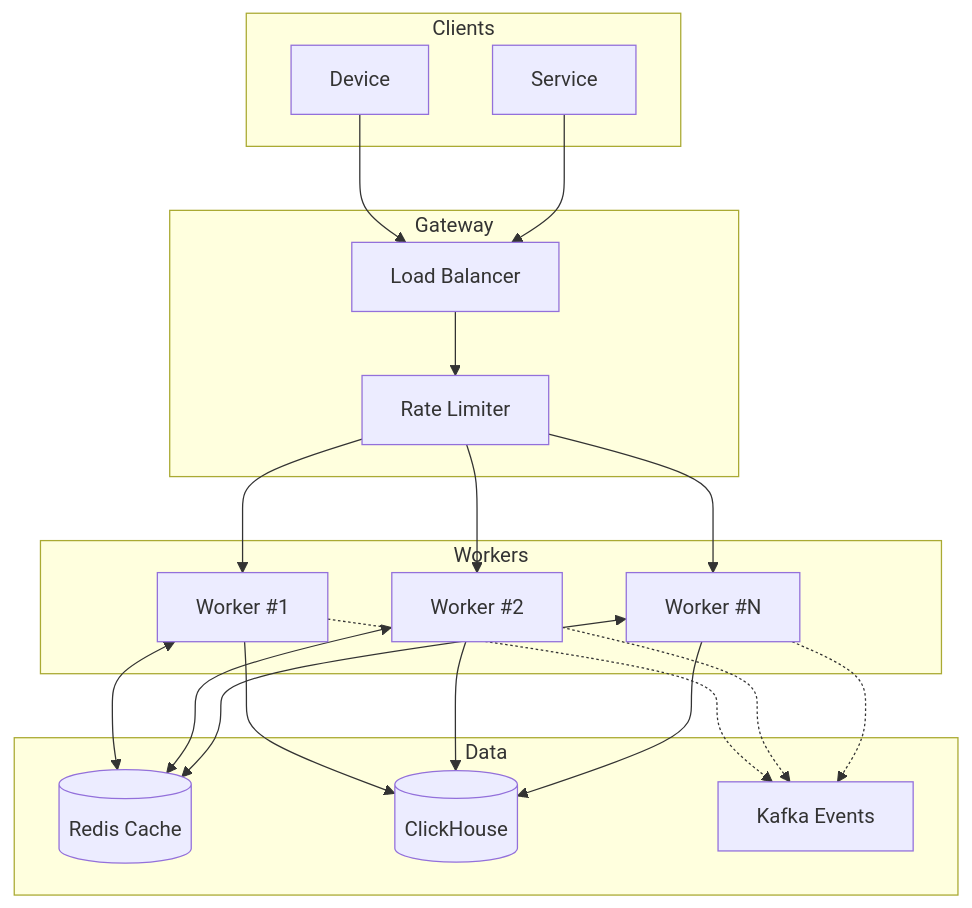
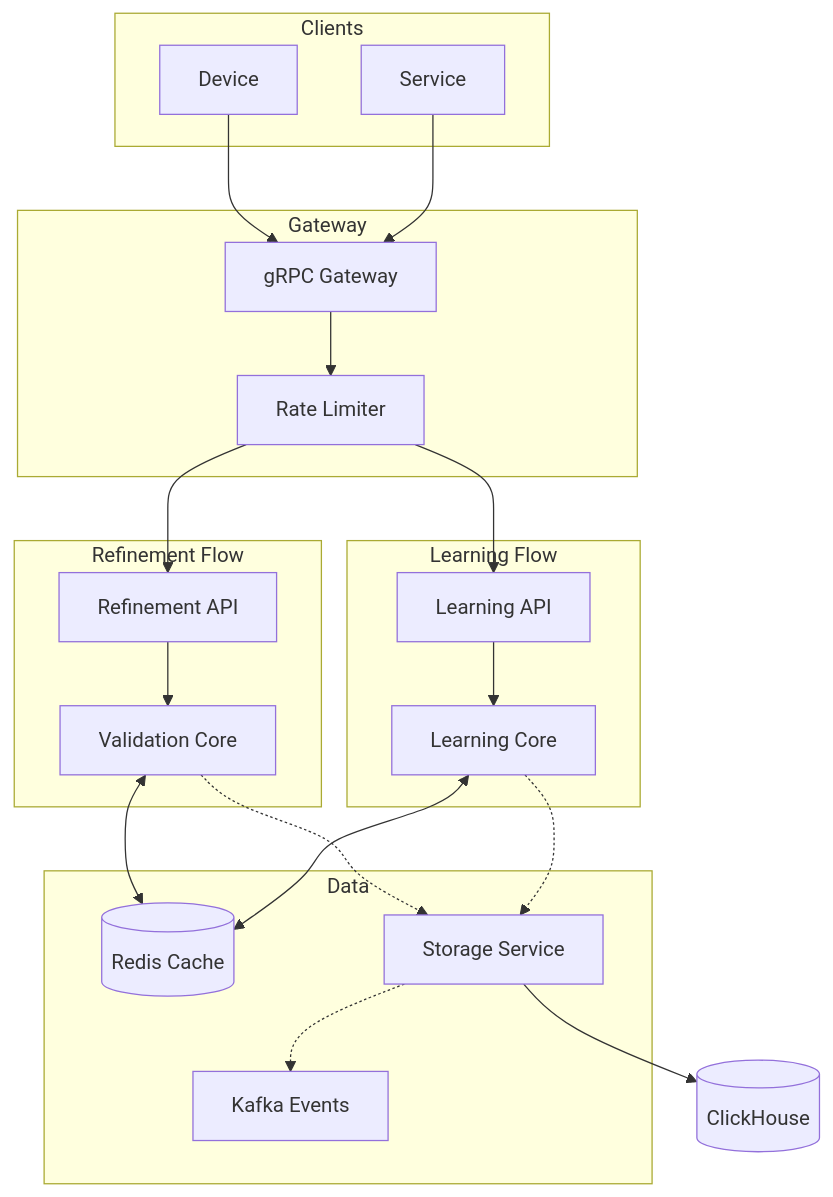
One commit to hzname/coordinate-validator changed the first of 6 diagrams in docs/architecture.md. Above: the diagram before and after it, drawn with Mermaid. The commit also changed other lines of this file, not shown here.

Commit message:
refactor: rewrite architecture with hybrid microservices approach

````diff
--- a/docs/architecture.md
+++ b/docs/architecture.md
@@ -5,43 +7,47 @@
 ```mermaid
 flowchart TB
     subgraph Clients
         Device[Device]
         Service[Service]
     end
 
     subgraph Gateway
-        LB[Load Balancer]
+        GRPC[gRPC Gateway]
         RateLimit[Rate Limiter]
     end
 
-    subgraph Workers
-        W1[Worker #1]
-        W2[Worker #2]
-        W3[Worker #N]
+    subgraph "Refinement Flow"
+        RefAPI[Refinement API]
+        ValCore[Validation Core]
+    end
+
+    subgraph "Learning Flow"
+        LearnAPI[Learning API]
+        LearnCore[Learning Core]
     end
 
     subgraph Data
         Redis[(Redis Cache)]
-        ClickHouse[(ClickHouse)]
+        Storage[Storage Service]
         Kafka[Kafka Events]
     end
 
-    Device --> LB
-    Service --> LB
-    LB --> RateLimit
-    RateLimit --> W1
-    RateLimit --> W2
-    RateLimit --> W3
-
-    W1 <--> Redis
-    W2 <--> Redis
-    W3 <--> Redis
-
-    W1 --> ClickHouse
-    W2 --> ClickHouse
-    W3 --> ClickHouse
-
-    W1 -.-> Kafka
-    W2 -.-> Kafka
-    W3 -.-> Kafka
+    Device --> GRPC
+    Service --> GRPC
+    GRPC --> RateLimit
+    
+    RateLimit --> RefAPI
+    RateLimit --> LearnAPI
+    
+    RefAPI --> ValCore
+    LearnAPI --> LearnCore
+    
+    ValCore <--> Redis
+    LearnCore <--> Redis
+    
+    ValCore -.-> Storage
+    LearnCore -.-> Storage
+    
+    Storage --> ClickHouse[(ClickHouse)]
+    Storage -.-> Kafka
 ```
````
